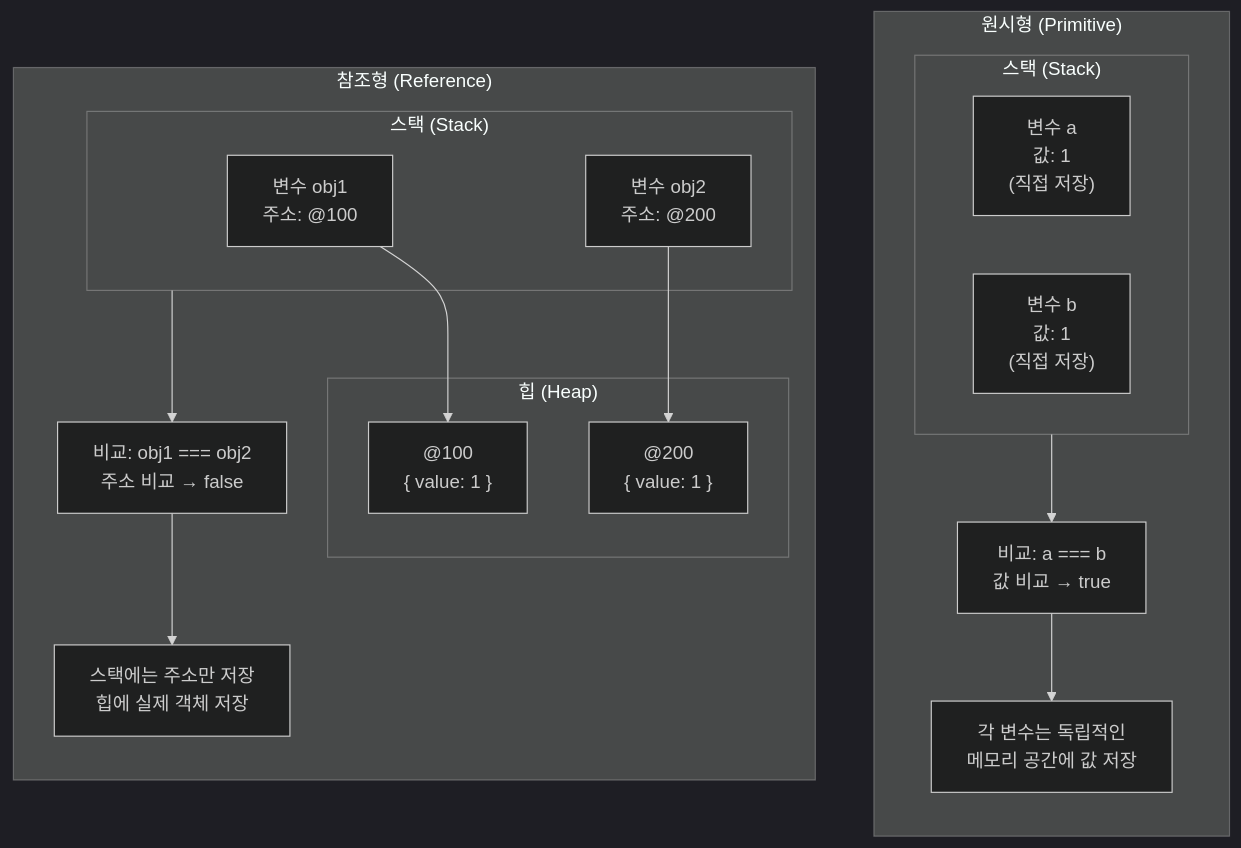
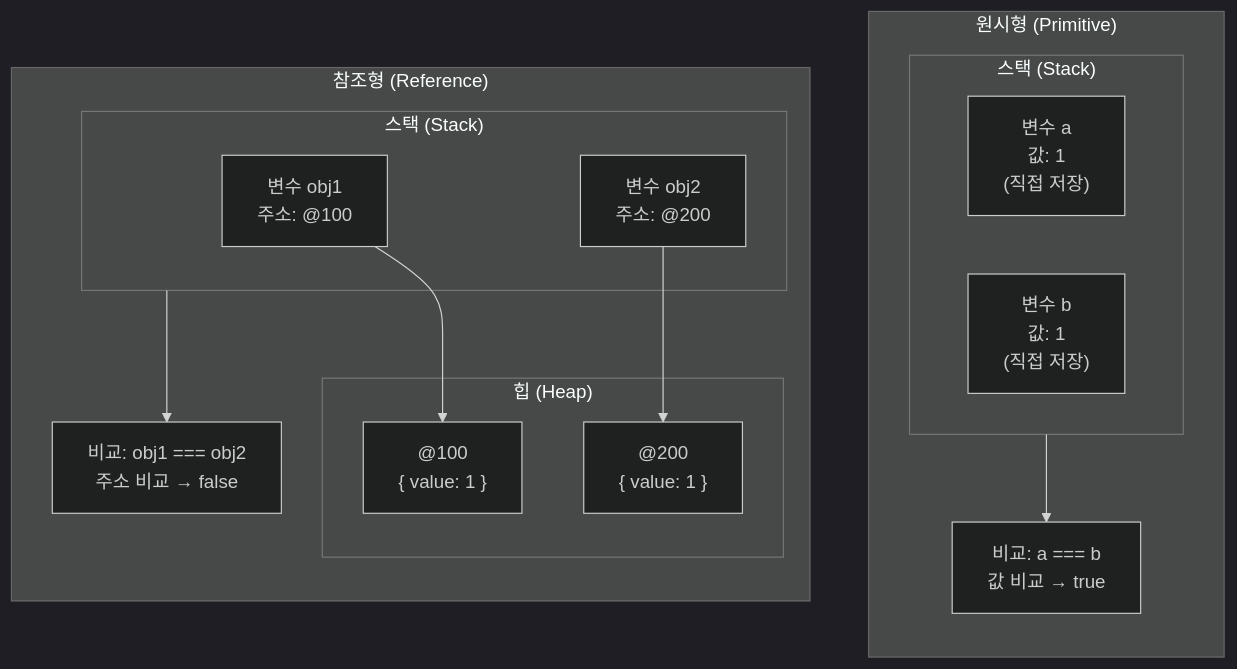
Before and after one commit to codefug/codefug.github.io: the fourth of 19 diagrams in markdown/2026-01-18/ko/content.mdx, drawn with Mermaid (dark theme). The commit also changed other lines of this file and 2 other files, not shown here.

````diff
--- a/markdown/2026-01-18/ko/content.mdx
+++ b/markdown/2026-01-18/ko/content.mdx
@@ -201,34 +159,30 @@
 ```mermaid
 flowchart TB
     subgraph 원시형["원시형 (Primitive)"]
         direction TB
         subgraph Stack1["스택 (Stack)"]
             A["변수 a<br/>값: 1<br/>(직접 저장)"]
             B["변수 b<br/>값: 1<br/>(직접 저장)"]
         end
         Compare1["비교: a === b<br/>값 비교 → true"]
-        Note1["각 변수는 독립적인<br/>메모리 공간에 값 저장"]
     end
 
     subgraph 참조형["참조형 (Reference)"]
         direction TB
         subgraph Stack2["스택 (Stack)"]
             C["변수 obj1<br/>주소: @100"]
             D["변수 obj2<br/>주소: @200"]
         end
         subgraph Heap2["힙 (Heap)"]
             O1["@100<br/>{ value: 1 }"]
             O2["@200<br/>{ value: 1 }"]
         end
         Compare2["비교: obj1 === obj2<br/>주소 비교 → false"]
-        Note2["스택에는 주소만 저장<br/>힙에 실제 객체 저장"]
     end
 
     Stack1 --> Compare1
-    Compare1 --> Note1
-
+    
     Stack2 --> Compare2
     C --> O1
     D --> O2
-    Compare2 --> Note2
 ```
````
